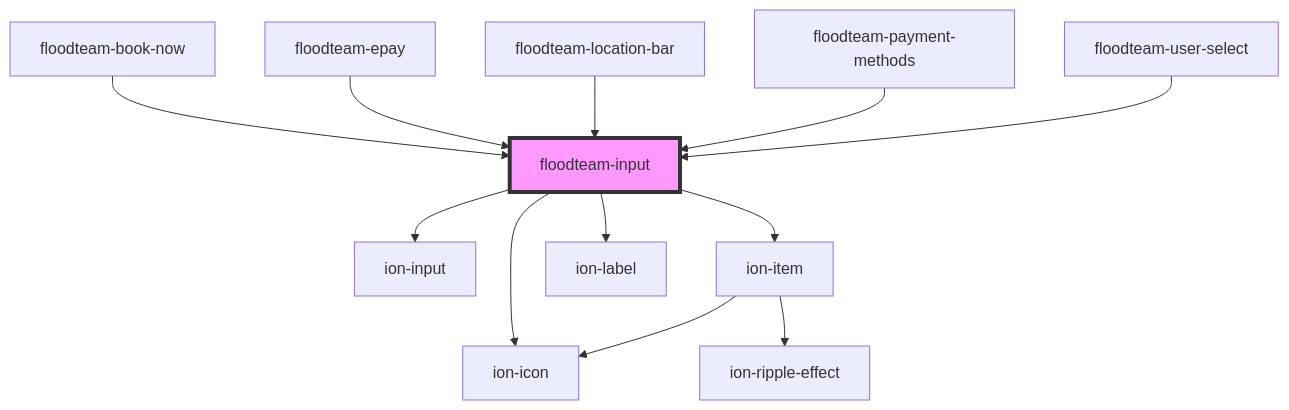
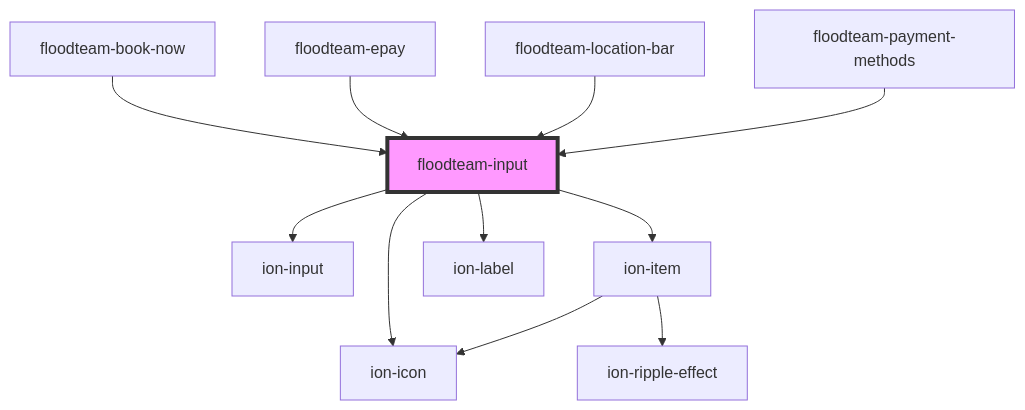
The diagram in src/components/input/readme.md (FloodTeam/components), drawn with Mermaid before and after one commit. The commit also changed other lines of this file and 27 other files, not shown here.

````diff
--- a/src/components/input/readme.md
+++ b/src/components/input/readme.md
@@ -125,15 +124,14 @@
 ```mermaid
 graph TD;
   floodteam-input --> ion-input
   floodteam-input --> ion-item
   floodteam-input --> ion-icon
   floodteam-input --> ion-label
   ion-item --> ion-icon
   ion-item --> ion-ripple-effect
   floodteam-book-now --> floodteam-input
   floodteam-epay --> floodteam-input
   floodteam-location-bar --> floodteam-input
   floodteam-payment-methods --> floodteam-input
-  floodteam-user-select --> floodteam-input
   style floodteam-input fill:#f9f,stroke:#333,stroke-width:4px
 ```
````
